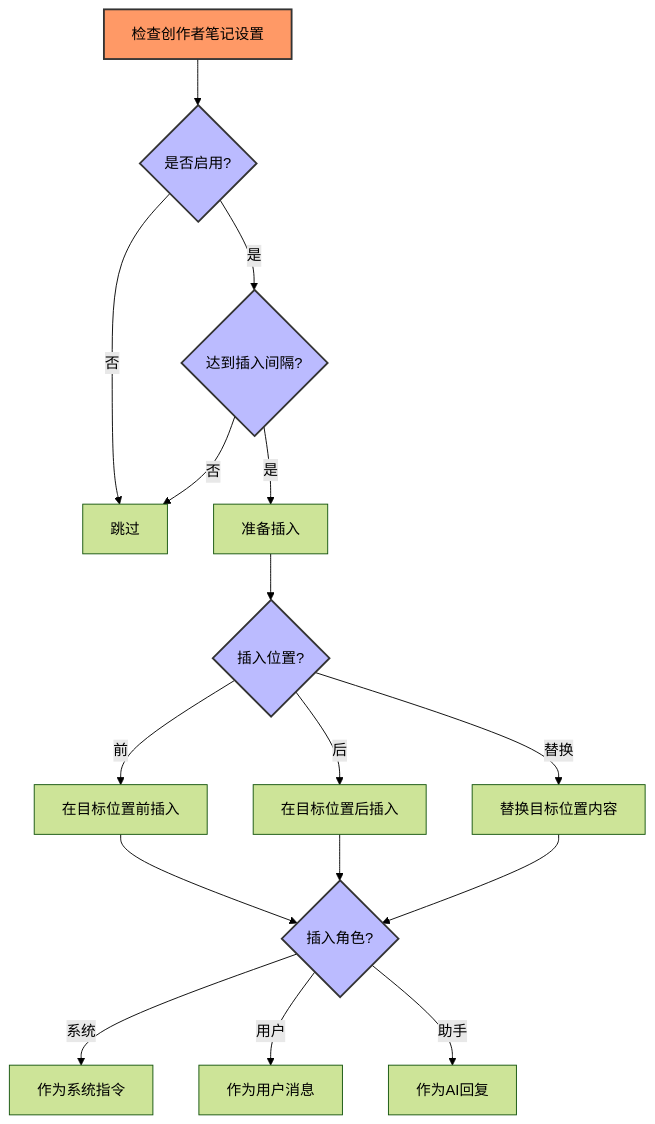
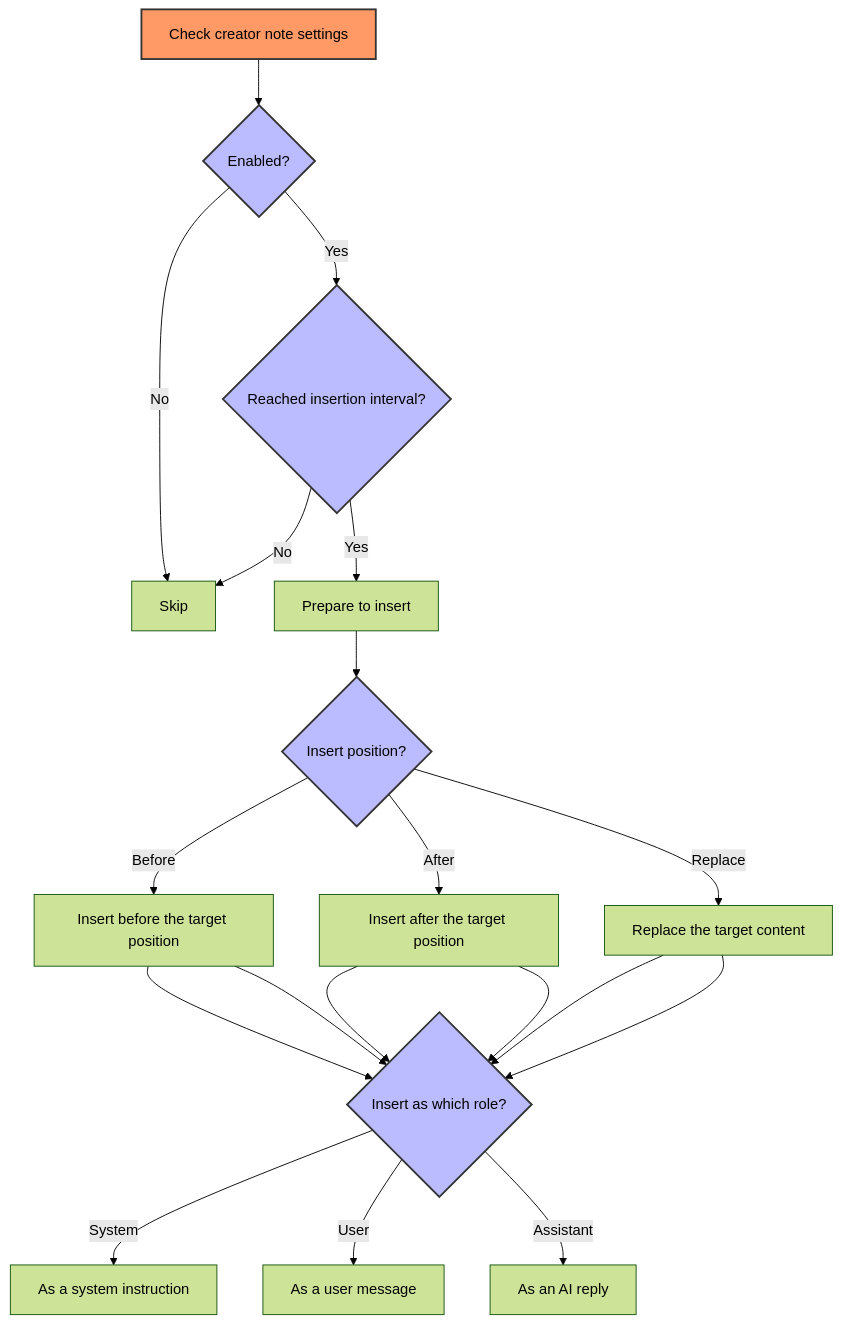
Before and after one commit to thesavant42/intro-to-silly-tavern-prompts: the eighth of 10 diagrams in README.md, drawn with Mermaid (forest theme). The commit also changed other lines of this file, not shown here.

````diff
--- a/README.md
+++ b/README.md
@@ -248,24 +248,27 @@
 ```mermaid
 flowchart TD
-    A[检查创作者笔记设置] --> B{是否启用?}
-    B -->|否| Z[跳过]
-    B -->|是| C{达到插入间隔?}
-    C -->|否| Z
-    C -->|是| D[准备插入]
-    D --> E{插入位置?}
-    E -->|前| F[在目标位置前插入]
-    E -->|后| G[在目标位置后插入]
-    E -->|替换| H[替换目标位置内容]
-    F --> I{插入角色?}
+    A[Check creator note settings] --> B{Enabled?}
+    B -->|No| Z[Skip]
+    B -->|Yes| C{Reached insertion interval?}
+    C -->|No| Z
+    C -->|Yes| D[Prepare to insert]
+    D --> E{Insert position?}
+    E -->|Before| F[Insert before the target position]
+    E -->|After| G[Insert after the target position]
+    E -->|Replace| H[Replace the target content]
+    F --> I{Insert as which role?}
     G --> I
     H --> I
-    I -->|系统| J[作为系统指令]
-    I -->|用户| K[作为用户消息]
-    I -->|助手| L[作为AI回复]
+    I -->|System| J[As a system instruction]
+    I -->|User| K[As a user message]
+    I -->|Assistant| L[As an AI reply]
+    F --> I
+    G --> I
+    H --> I
     
     style A fill:#f96,stroke:#333,stroke-width:2px
     style B fill:#bbf,stroke:#333,stroke-width:2px
     style C fill:#bbf,stroke:#333,stroke-width:2px
     style E fill:#bbf,stroke:#333,stroke-width:2px
     style I fill:#bbf,stroke:#333,stroke-width:2px
 ```
````
